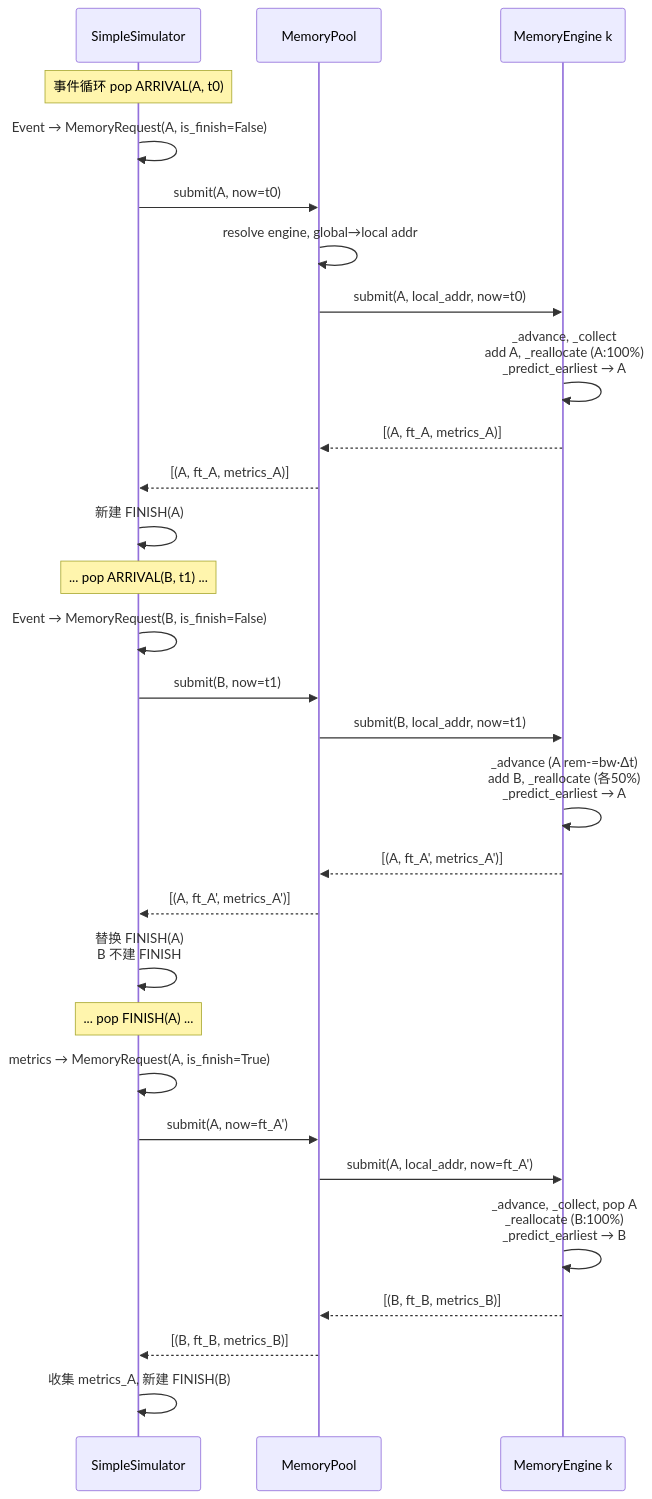
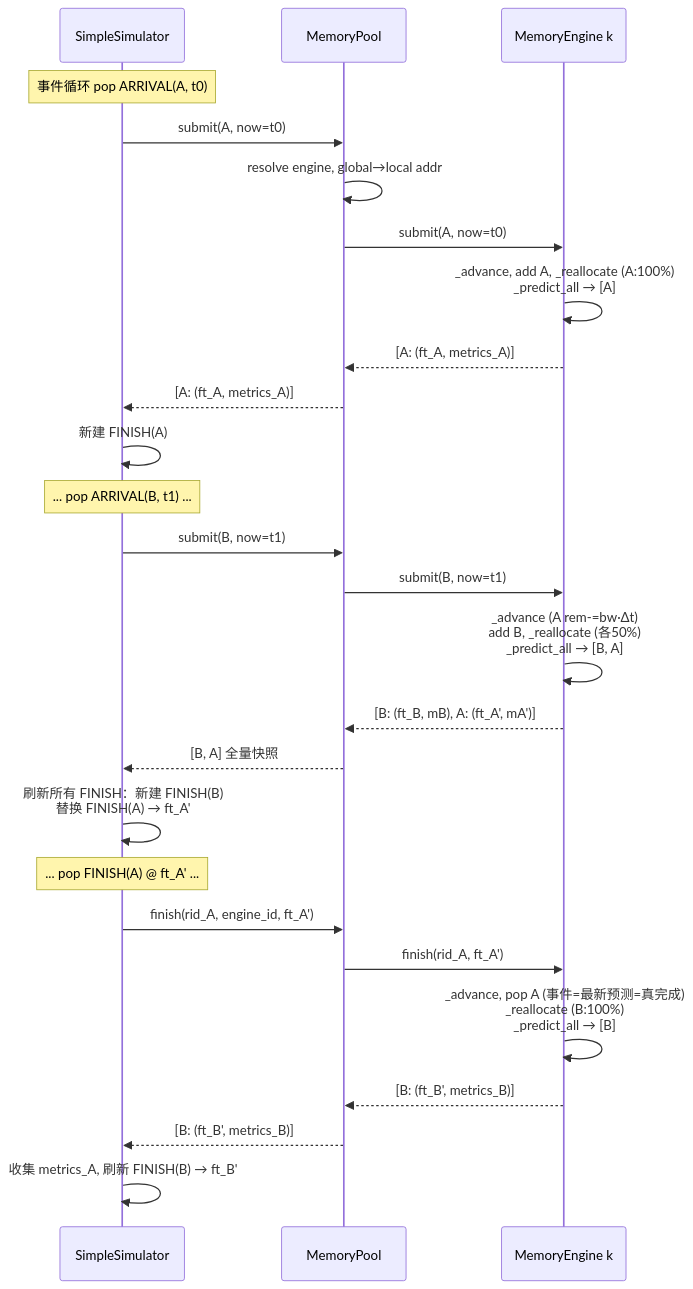
Before and after one commit to BeachBoyPesci/storage_mem_sim: the second of 2 diagrams in docs/multi_instance_analytic_contention_design.md, drawn with Mermaid. The commit also changed other lines of this file and 6 other files, not shown here.

````diff
--- a/docs/multi_instance_analytic_contention_design.md
+++ b/docs/multi_instance_analytic_contention_design.md
@@ -421,40 +448,37 @@
 ```mermaid
 sequenceDiagram
     participant SIM as SimpleSimulator
     participant Pool as MemoryPool
     participant Eng as MemoryEngine k
 
     Note over SIM: 事件循环 pop ARRIVAL(A, t0)
 
-    SIM->>SIM: Event → MemoryRequest(A, is_finish=False)
     SIM->>Pool: submit(A, now=t0)
     Pool->>Pool: resolve engine, global→local addr
-    Pool->>Eng: submit(A, local_addr, now=t0)
-    Eng->>Eng: _advance, _collect<br/>add A, _reallocate (A:100%)<br/>_predict_earliest → A
-    Eng-->>Pool: [(A, ft_A, metrics_A)]
-    Pool-->>SIM: [(A, ft_A, metrics_A)]
+    Pool->>Eng: submit(A, now=t0)
+    Eng->>Eng: _advance, add A, _reallocate (A:100%)<br/>_predict_all → [A]
+    Eng-->>Pool: [A: (ft_A, metrics_A)]
+    Pool-->>SIM: [A: (ft_A, metrics_A)]
 
     SIM->>SIM: 新建 FINISH(A)
 
     Note over SIM: ... pop ARRIVAL(B, t1) ...
 
-    SIM->>SIM: Event → MemoryRequest(B, is_finish=False)
     SIM->>Pool: submit(B, now=t1)
-    Pool->>Eng: submit(B, local_addr, now=t1)
-    Eng->>Eng: _advance (A rem-=bw·Δt)<br/>add B, _reallocate (各50%)<br/>_predict_earliest → A
-    Eng-->>Pool: [(A, ft_A', metrics_A')]
-    Pool-->>SIM: [(A, ft_A', metrics_A')]
+    Pool->>Eng: submit(B, now=t1)
+    Eng->>Eng: _advance (A rem-=bw·Δt)<br/>add B, _reallocate (各50%)<br/>_predict_all → [B, A]
+    Eng-->>Pool: [B: (ft_B, mB), A: (ft_A', mA')]
+    Pool-->>SIM: [B, A] 全量快照
 
-    SIM->>SIM: 替换 FINISH(A)<br/>B 不建 FINISH
+    SIM->>SIM: 刷新所有 FINISH：新建 FINISH(B)<br/>替换 FINISH(A) → ft_A'
 
-    Note over SIM: ... pop FINISH(A) ...
+    Note over SIM: ... pop FINISH(A) @ ft_A' ...
 
-    SIM->>SIM: metrics → MemoryRequest(A, is_finish=True)
-    SIM->>Pool: submit(A, now=ft_A')
-    Pool->>Eng: submit(A, local_addr, now=ft_A')
-    Eng->>Eng: _advance, _collect, pop A<br/>_reallocate (B:100%)<br/>_predict_earliest → B
-    Eng-->>Pool: [(B, ft_B, metrics_B)]
-    Pool-->>SIM: [(B, ft_B, metrics_B)]
+    SIM->>Pool: finish(rid_A, engine_id, ft_A')
+    Pool->>Eng: finish(rid_A, ft_A')
+    Eng->>Eng: _advance, pop A (事件=最新预测=真完成)<br/>_reallocate (B:100%)<br/>_predict_all → [B]
+    Eng-->>Pool: [B: (ft_B', metrics_B)]
+    Pool-->>SIM: [B: (ft_B', metrics_B)]
 
-    SIM->>SIM: 收集 metrics_A, 新建 FINISH(B)
+    SIM->>SIM: 收集 metrics_A, 刷新 FINISH(B) → ft_B'
 ```
````
